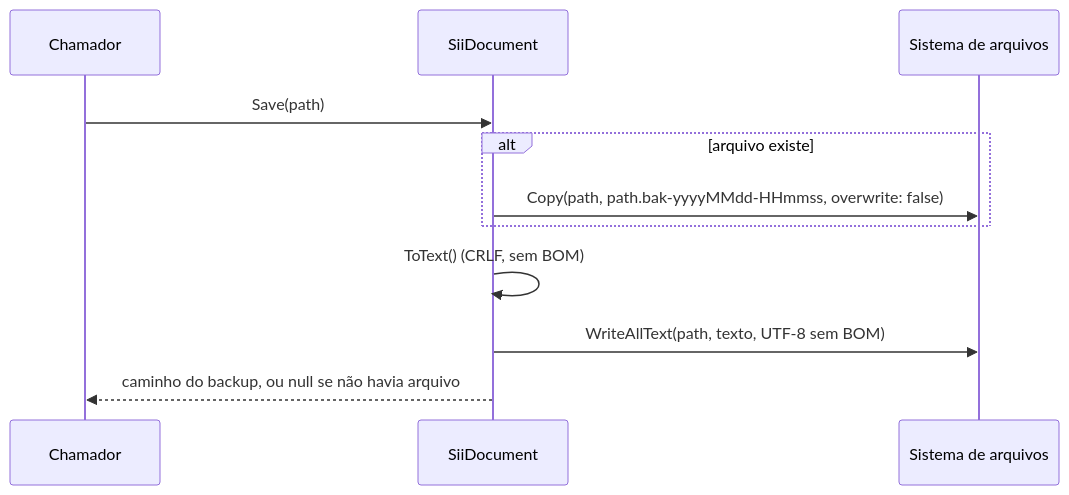
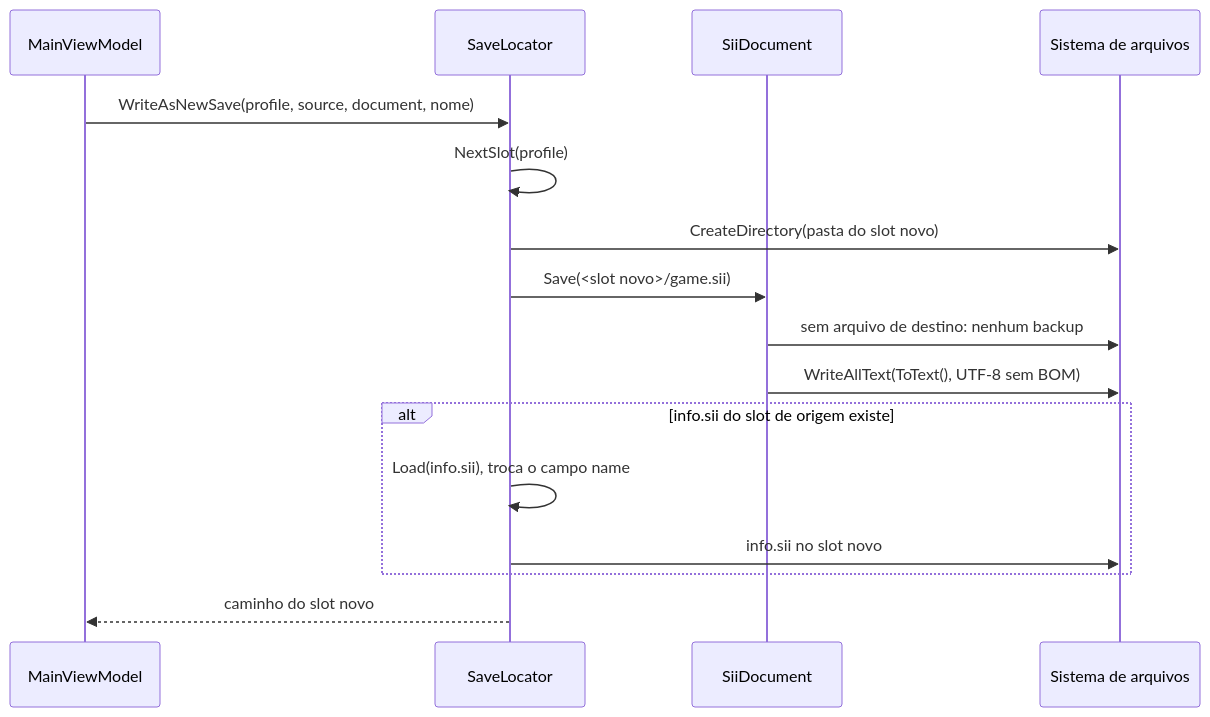
One commit to enxadadev/own-expeditor changed the second of 2 diagrams in docs/architecture/data-flow.md. Above: the diagram before and after it, drawn with Mermaid. The commit also changed other lines of this file and 13 other files, not shown here.

````diff
--- a/docs/architecture/data-flow.md
+++ b/docs/architecture/data-flow.md
@@ -50,13 +81,18 @@
 ```mermaid
 sequenceDiagram
-    participant C as Chamador
+    participant C as MainViewModel
+    participant L as SaveLocator
     participant D as SiiDocument
     participant FS as Sistema de arquivos
-    C->>D: Save(path)
-    alt arquivo existe
-        D->>FS: Copy(path, path.bak-yyyyMMdd-HHmmss, overwrite: false)
+    C->>L: WriteAsNewSave(profile, source, document, nome)
+    L->>L: NextSlot(profile)
+    L->>FS: CreateDirectory(pasta do slot novo)
+    L->>D: Save(<slot novo>/game.sii)
+    D->>FS: sem arquivo de destino: nenhum backup
+    D->>FS: WriteAllText(ToText(), UTF-8 sem BOM)
+    alt info.sii do slot de origem existe
+        L->>L: Load(info.sii), troca o campo name
+        L->>FS: info.sii no slot novo
     end
-    D->>D: ToText() (CRLF, sem BOM)
-    D->>FS: WriteAllText(path, texto, UTF-8 sem BOM)
-    D-->>C: caminho do backup, ou null se não havia arquivo
+    L-->>C: caminho do slot novo
 ```
````
